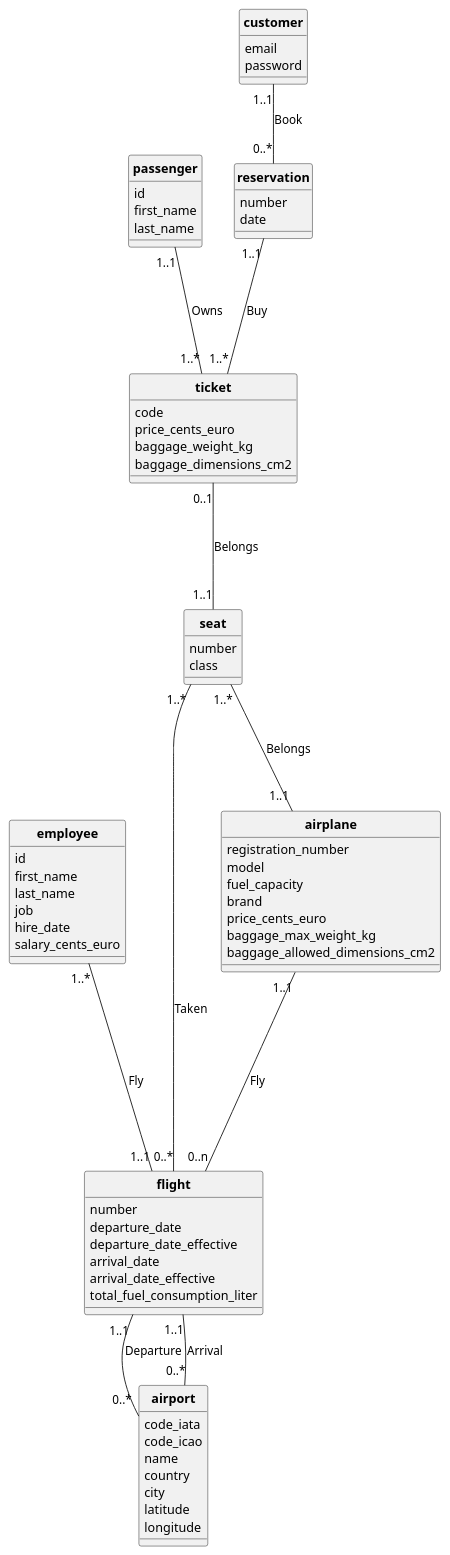
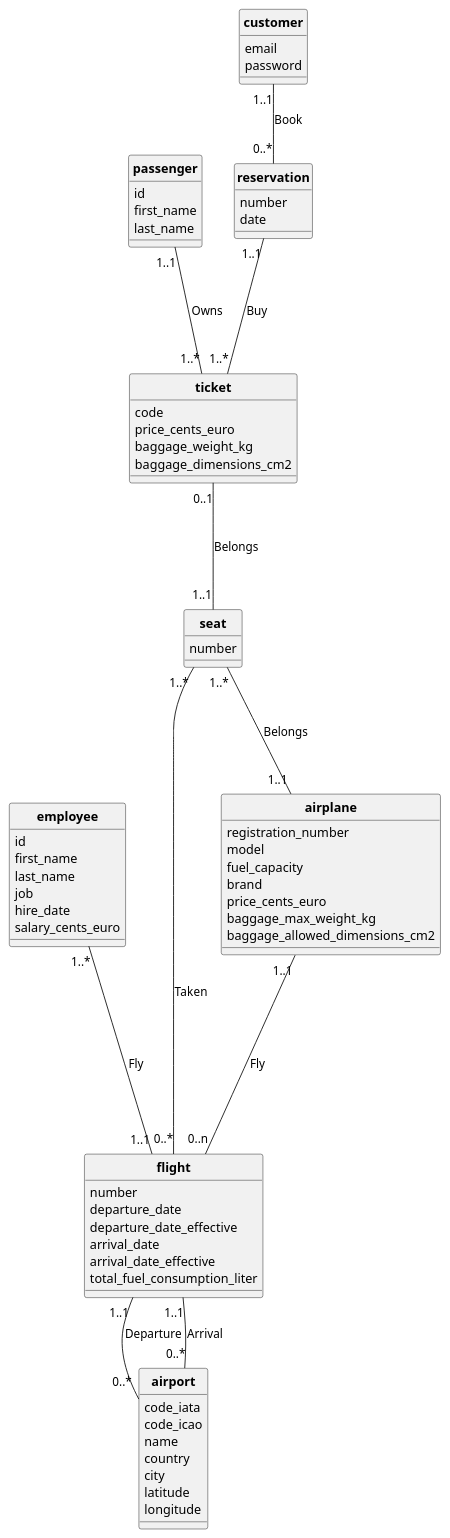
One commit to cnam-theoludwig/cnam-database changed the diagram in MCD.puml. Above: the diagram before and after it, drawn with PlantUML. The commit also changed 11 other files, not shown here.

```diff
--- a/MCD.puml
+++ b/MCD.puml
@@ -1,87 +1,86 @@
 @startuml MCD
 
 skinparam style strictuml
 skinparam classAttributeIconSize 0
 skinparam classFontStyle Bold
 hide enum methods
 
 class flight {
   number
   departure_date
   departure_date_effective
   arrival_date
   arrival_date_effective
   total_fuel_consumption_liter
 }
 
 class airport {
   code_iata
   code_icao
   name
   country
   city
   latitude
   longitude
 }
 
 class airplane {
   registration_number
   model
   fuel_capacity
   brand
   price_cents_euro
   baggage_max_weight_kg
   baggage_allowed_dimensions_cm2
 }
 
 class employee {
   id
   first_name
   last_name
   job
   hire_date
   salary_cents_euro
 }
 
 class passenger {
   id
   first_name
   last_name
 }
 
 class ticket {
   code
   price_cents_euro
   baggage_weight_kg
   baggage_dimensions_cm2
 }
 
 class customer {
   email
   password
 }
 
 class seat {
   number
-  class
 }
 
 class reservation {
   number
   date
 }
 
 airplane "1..1" ---- "0..n" flight : Fly
 seat "1..*" --- "1..1" airplane : Belongs
 employee "1..*" ---- "1..1" flight : Fly
 passenger "1..1" --- "1..*" ticket : Owns
 flight "0..*" -l- "1..*" seat : Taken
 reservation "1..1" --- "1..*" ticket : Buy
 ticket "0..1" --- "1..1" seat : Belongs
 
 flight "1..1" -- "0..*" airport : Departure
 flight "1..1" -- "0..*" airport : Arrival
 
 customer "1..1" -- "0..*" reservation : Book
 
 @enduml
```
